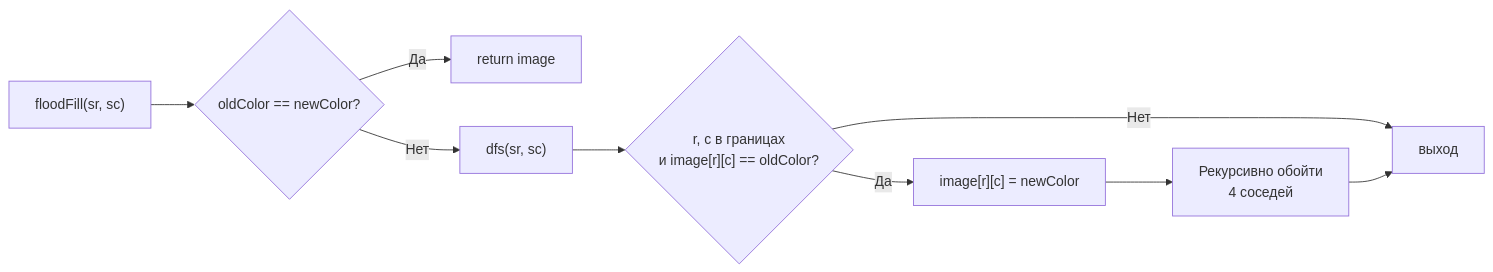
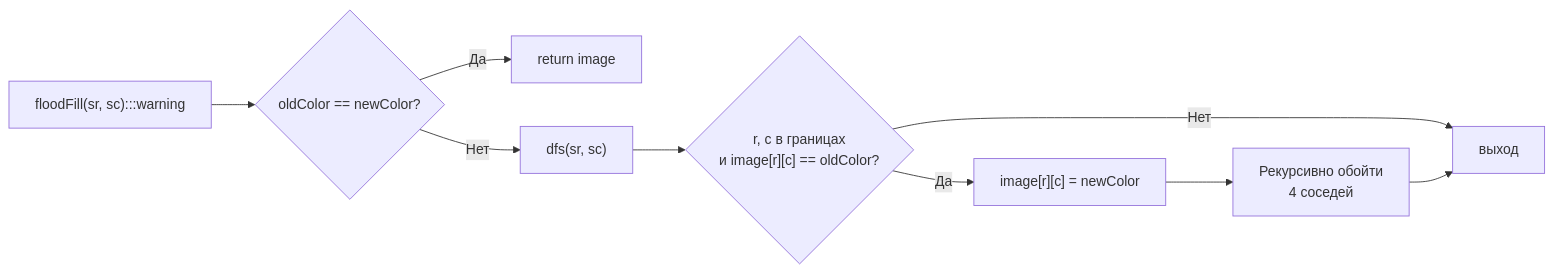
The diagram in sources/21. Задачи с LeetCode и собеседований на Go/02. Задачи/11. Поиск в глубину DFS/8. Flood Fill.md (UnrealTemplier/go-textbook), drawn with Mermaid before and after one commit. The commit also changed 1666 other files, not shown here.

First line of the commit message:
feat(mermaid): add semantic color classDef to 1369 colorless flowchart/graph diagrams

````diff
--- a/sources/21. Задачи с LeetCode и собеседований на Go/02. Задачи/11. Поиск в глубину DFS/8. Flood Fill.md
+++ b/sources/21. Задачи с LeetCode и собеседований на Go/02. Задачи/11. Поиск в глубину DFS/8. Flood Fill.md
@@ -70,11 +70,21 @@
 ```mermaid
 flowchart LR
-    A["floodFill(sr, sc)"] --> B{"oldColor == newColor?"}
+    classDef process  fill:#1e293b,stroke:#38bdf8,stroke-width:1px,color:#f8fafc
+    classDef success  fill:#064e3b,stroke:#34d399,stroke-width:1px,color:#f8fafc
+    classDef error    fill:#7f1d1d,stroke:#f87171,stroke-width:1px,color:#f8fafc
+    classDef warning  fill:#78350f,stroke:#fbbf24,stroke-width:1px,color:#f8fafc
+    classDef entry    fill:#1e3a5f,stroke:#38bdf8,stroke-width:2px,color:#f8fafc
+    classDef aux      fill:#334155,stroke:#64748b,stroke-width:1px,color:#f8fafc
+    classDef system   fill:#312e81,stroke:#a78bfa,stroke-width:1px,color:#f8fafc
+    classDef data     fill:#132d29,stroke:#2dd4bf,stroke-width:1px,color:#f8fafc
+    classDef network  fill:#881337,stroke:#fb7185,stroke-width:1px,color:#f8fafc
+    classDef accent   fill:#1e1b4b,stroke:#818cf8,stroke-width:1px,color:#f8fafc
+    A["floodFill(sr, sc):::warning"] --> B{"oldColor == newColor?"}
     B -->|"Да"| C["return image"]
     B -->|"Нет"| D["dfs(sr, sc)"]
     D --> E{"r, c в границах<br>и image[r][c] == oldColor?"}
     E -->|"Нет"| F["выход"]
     E -->|"Да"| G["image[r][c] = newColor"]
     G --> H["Рекурсивно обойти<br>4 соседей"]
     H --> F
 ```
````
